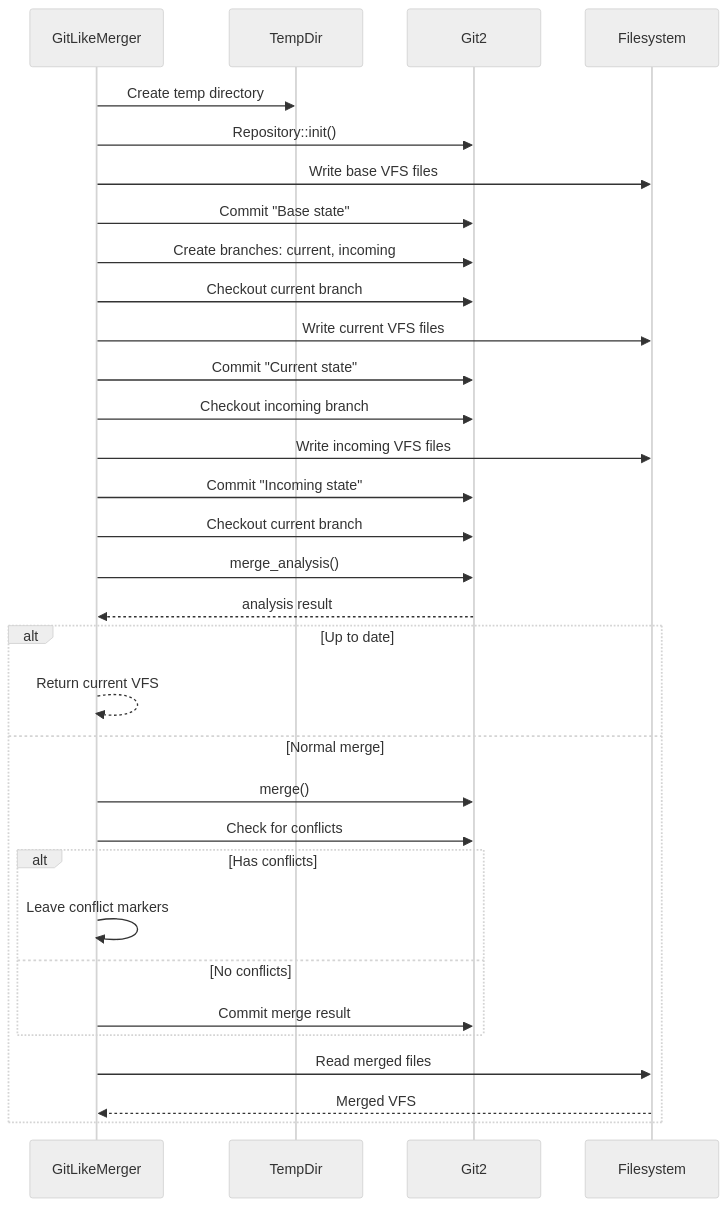
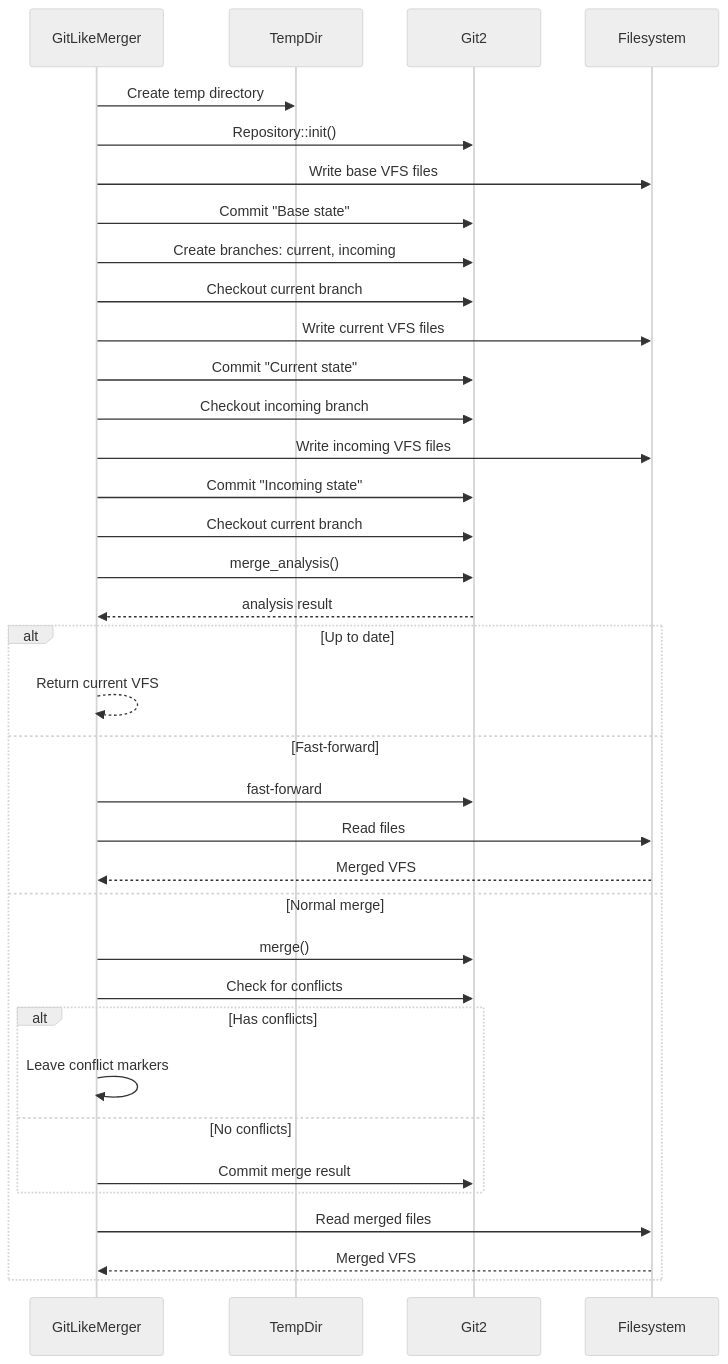
The diagram in docs/developer/algorithms/02-three-way-merge.md (AtomiCloud/sulfone.iridium), drawn with Mermaid (neutral theme) before and after one commit.

Commit message:
docs: add fast-forward branch to merge sequence diagram [CU-86ewk3qxf]

````diff
--- a/docs/developer/algorithms/02-three-way-merge.md
+++ b/docs/developer/algorithms/02-three-way-merge.md
@@ -26,35 +26,39 @@
 ```mermaid
 sequenceDiagram
     participant Merger as GitLikeMerger
     participant Temp as TempDir
     participant Git as Git2
     participant FS as Filesystem
 
     Merger->>Temp: Create temp directory
     Merger->>Git: Repository::init()
     Merger->>FS: Write base VFS files
     Merger->>Git: Commit "Base state"
     Merger->>Git: Create branches: current, incoming
     Merger->>Git: Checkout current branch
     Merger->>FS: Write current VFS files
     Merger->>Git: Commit "Current state"
     Merger->>Git: Checkout incoming branch
     Merger->>FS: Write incoming VFS files
     Merger->>Git: Commit "Incoming state"
     Merger->>Git: Checkout current branch
     Merger->>Git: merge_analysis()
     Git-->>Merger: analysis result
     alt Up to date
         Merger-->>Merger: Return current VFS
+    else Fast-forward
+        Merger->>Git: fast-forward
+        Merger->>FS: Read files
+        FS-->>Merger: Merged VFS
     else Normal merge
         Merger->>Git: merge()
         Merger->>Git: Check for conflicts
         alt Has conflicts
             Merger->>Merger: Leave conflict markers
         else No conflicts
             Merger->>Git: Commit merge result
         end
         Merger->>FS: Read merged files
         FS-->>Merger: Merged VFS
     end
 ```
````
